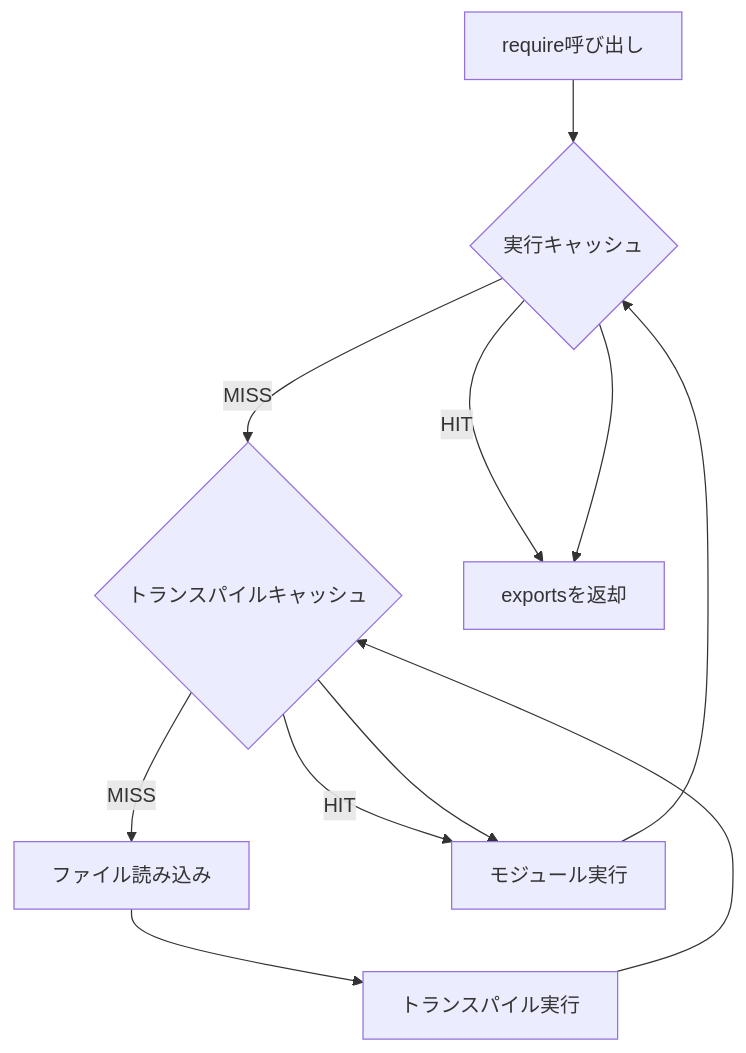
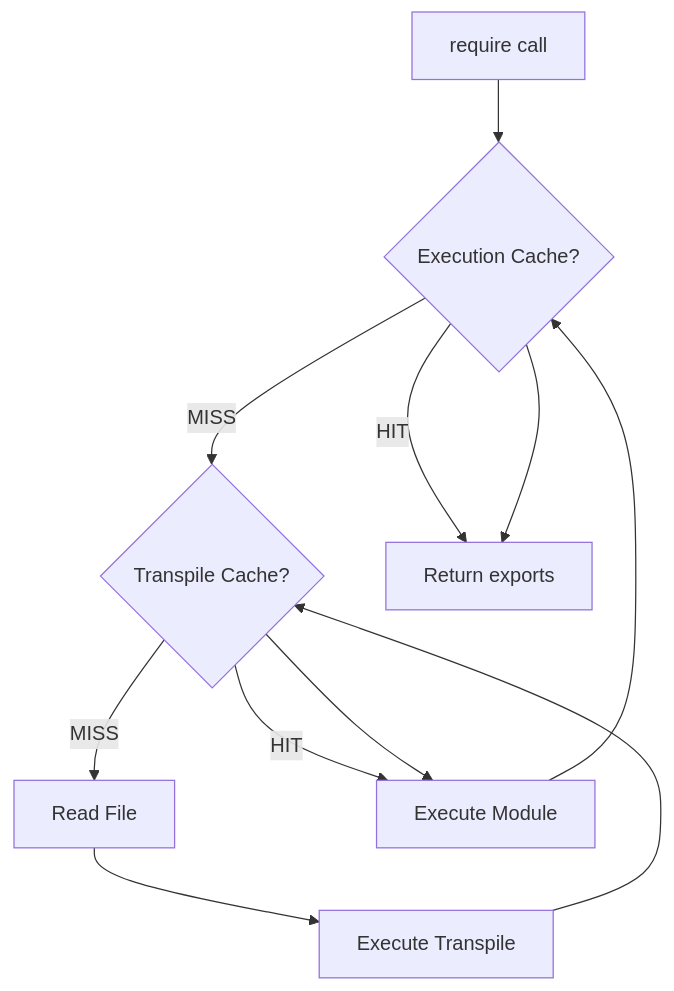
One commit to Stasshe/Pyxis-CodeCanvas changed the third of 12 diagrams in docs/NODE-RUNTIME.md. Above: the diagram before and after it, drawn with Mermaid. The commit also changed other lines of this file, not shown here.

````diff
--- a/docs/NODE-RUNTIME.md
+++ b/docs/NODE-RUNTIME.md
@@ -163,20 +179,20 @@
 ```mermaid
 graph TB
-    Request[require呼び出し]
-    ExecCache{実行キャッシュ}
-    TranspileCache{トランスパイルキャッシュ}
-    FileRead[ファイル読み込み]
-    Transpile[トランスパイル実行]
-    Execute[モジュール実行]
+    Request[require call]
+    ExecCache{Execution Cache?}
+    TranspileCache{Transpile Cache?}
+    FileRead[Read File]
+    Transpile[Execute Transpile]
+    Execute[Execute Module]
     
     Request --> ExecCache
-    ExecCache -->|HIT| ReturnExports[exportsを返却]
+    ExecCache -->|HIT| ReturnExports[Return exports]
     ExecCache -->|MISS| TranspileCache
     TranspileCache -->|HIT| Execute
     TranspileCache -->|MISS| FileRead
     FileRead --> Transpile
     Transpile --> TranspileCache
     TranspileCache --> Execute
     Execute --> ExecCache
     ExecCache --> ReturnExports
 ```
````
